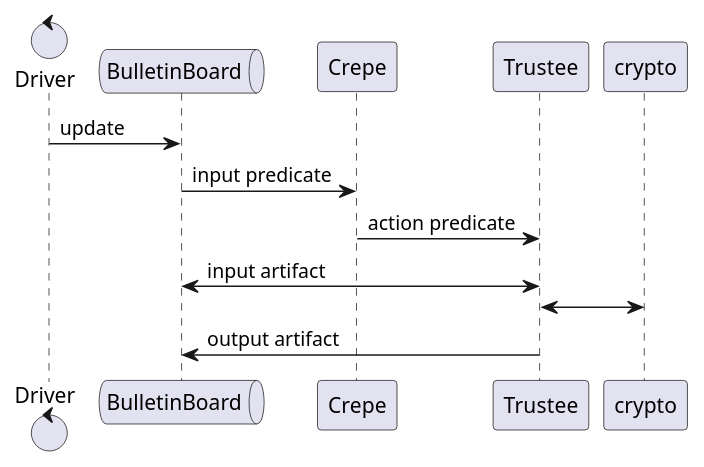
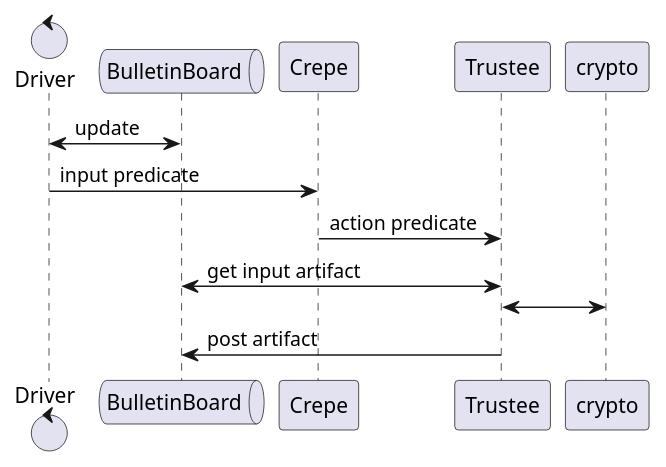
Before and after one commit to nvotes/rmx: the diagram in doc/diagrams/main_sequence.puml, drawn with PlantUML.

Commit message:
main_sequence

```diff
--- a/doc/diagrams/main_sequence.puml
+++ b/doc/diagrams/main_sequence.puml
@@ -1,12 +1,12 @@
 @startuml main_sequence
 skinparam responseMessageBelowArrow true
 control Driver as driver
 queue BulletinBoard as BulletinBoard
 participant Crepe as crepe
-driver -> BulletinBoard: update
-BulletinBoard -> crepe: input predicate
+driver <-> BulletinBoard: update
+driver -> crepe: input predicate
 crepe -> Trustee: action predicate
-BulletinBoard <-> Trustee: input artifact
+BulletinBoard <-> Trustee: get input artifact
 Trustee <-> crypto
-Trustee -> BulletinBoard: output artifact
+Trustee -> BulletinBoard: post artifact
 @enduml
```
